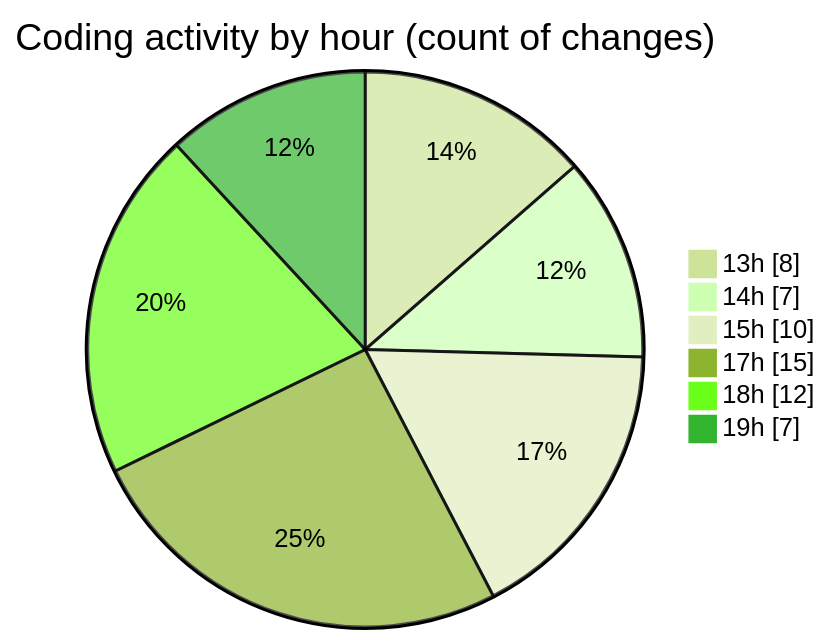
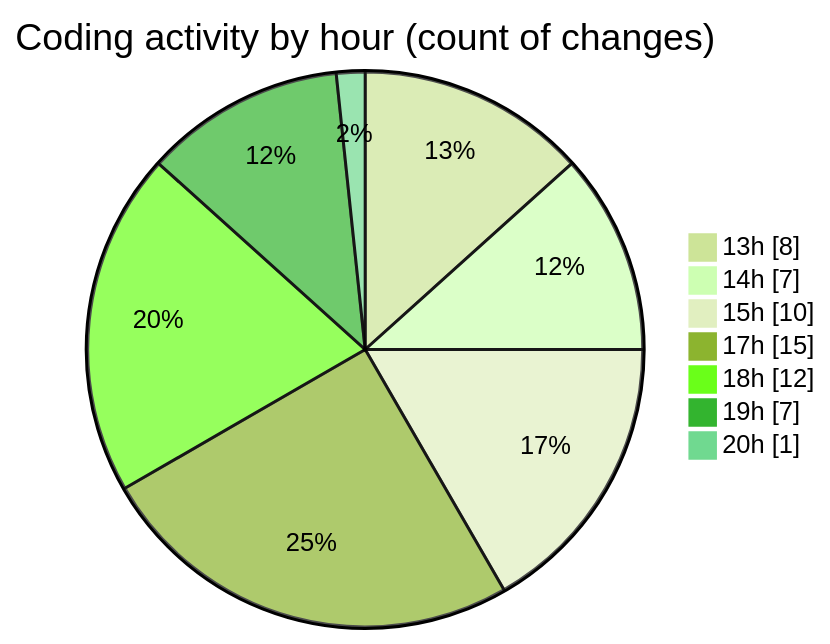
The second of 2 diagrams in 2025-04-03/jsvms/README.md (BS-eng2023/code-tracking), drawn with Mermaid (forest theme) before and after one commit. The commit also changed other lines of this file and 1 other file, not shown here.

````diff
--- a/2025-04-03/jsvms/README.md
+++ b/2025-04-03/jsvms/README.md
@@ -40,10 +40,11 @@
 ```mermaid
 pie showData
 title Coding activity by hour (count of changes)
 "13h" : 8
 "14h" : 7
 "15h" : 10
 "17h" : 15
 "18h" : 12
 "19h" : 7
+"20h" : 1
 ```
````
